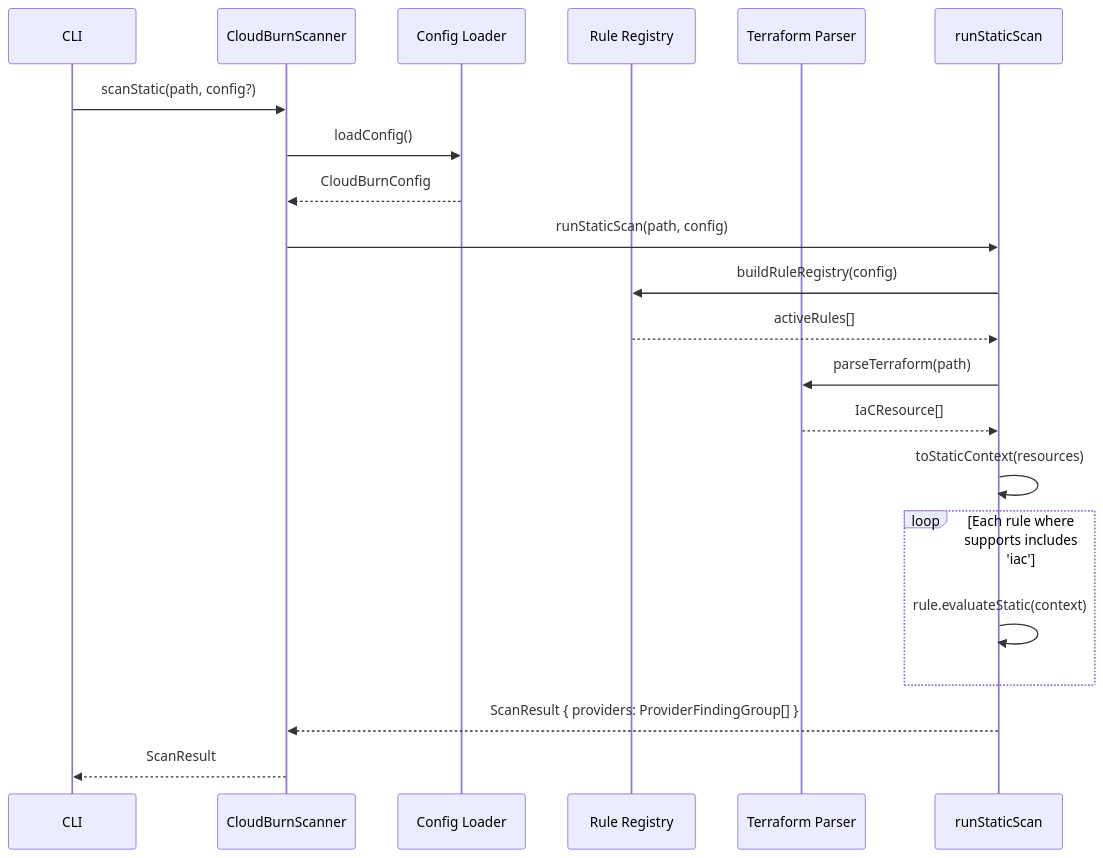
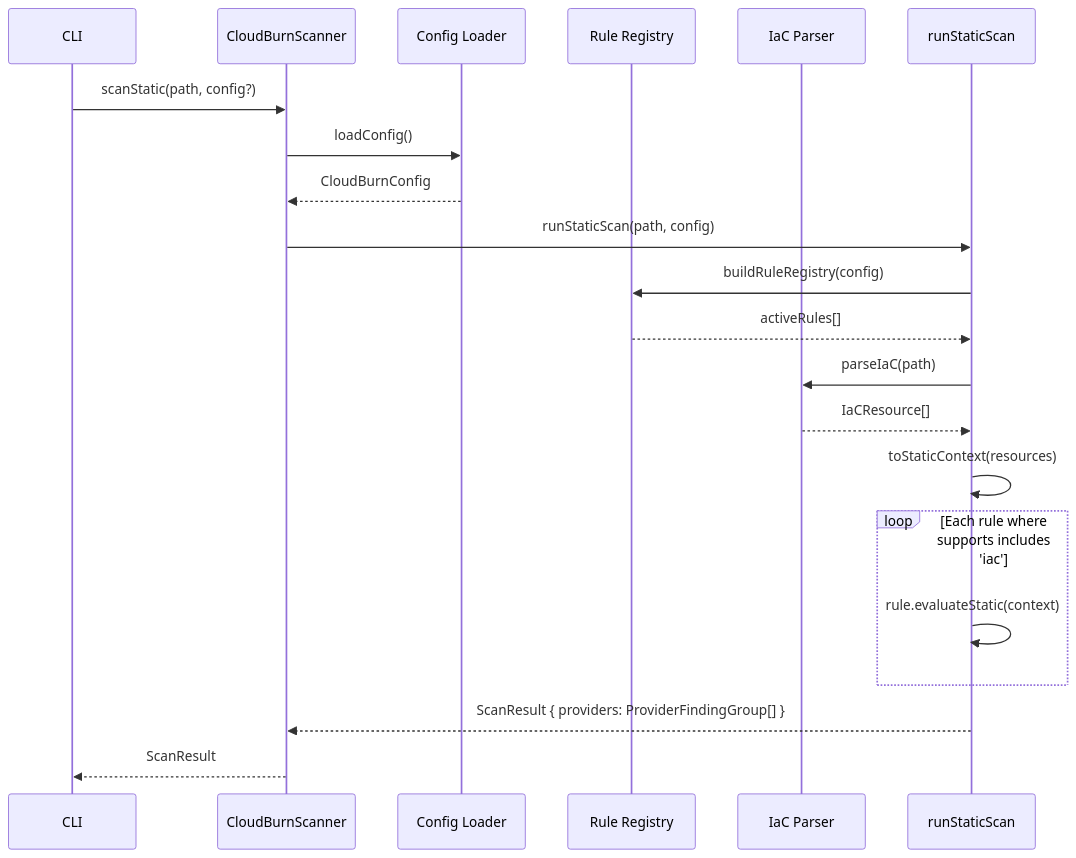
One commit to towardsthecloud/cloudburn changed the second of 3 diagrams in docs/ARCHITECTURE.md. Above: the diagram before and after it, drawn with Mermaid. The commit also changed 23 other files, not shown here.

````diff
--- a/docs/ARCHITECTURE.md
+++ b/docs/ARCHITECTURE.md
@@ -19,24 +19,24 @@
 ```mermaid
 sequenceDiagram
   participant CLI
   participant Scanner as CloudBurnScanner
   participant Config as Config Loader
   participant Registry as Rule Registry
-  participant Parser as Terraform Parser
+  participant Parser as IaC Parser
   participant Engine as runStaticScan
 
   CLI->>Scanner: scanStatic(path, config?)
   Scanner->>Config: loadConfig()
   Config-->>Scanner: CloudBurnConfig
   Scanner->>Engine: runStaticScan(path, config)
   Engine->>Registry: buildRuleRegistry(config)
   Registry-->>Engine: activeRules[]
-  Engine->>Parser: parseTerraform(path)
+  Engine->>Parser: parseIaC(path)
   Parser-->>Engine: IaCResource[]
   Engine->>Engine: toStaticContext(resources)
   loop Each rule where supports includes 'iac'
     Engine->>Engine: rule.evaluateStatic(context)
   end
   Engine-->>Scanner: ScanResult { providers: ProviderFindingGroup[] }
   Scanner-->>CLI: ScanResult
 ```
````
